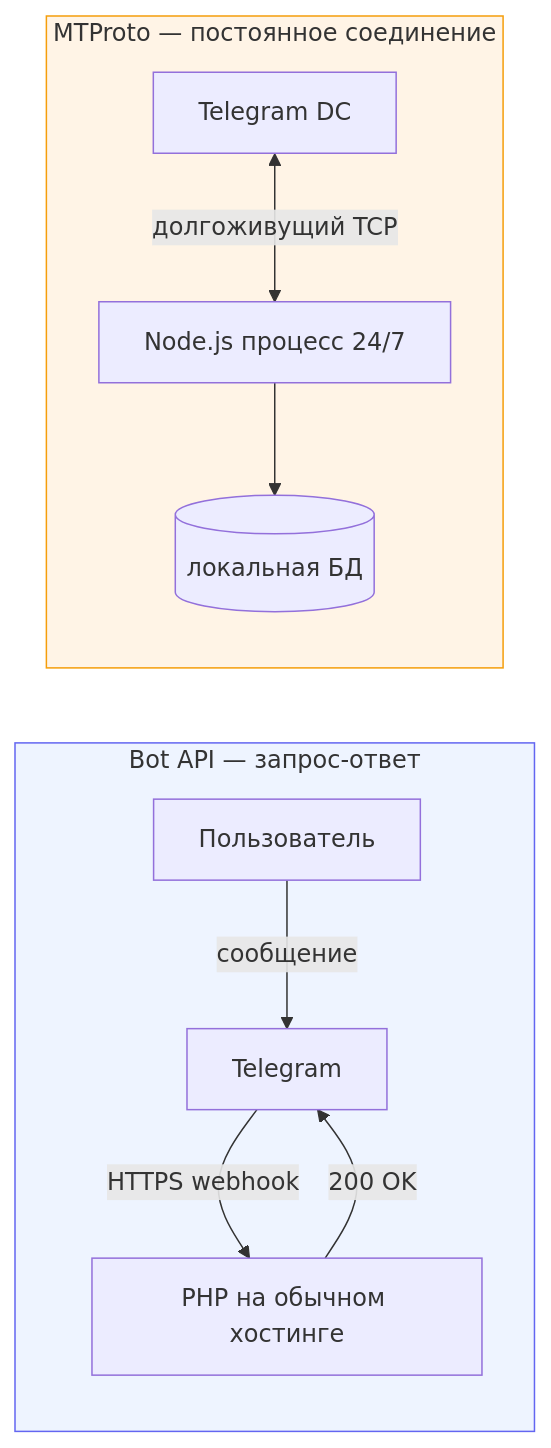
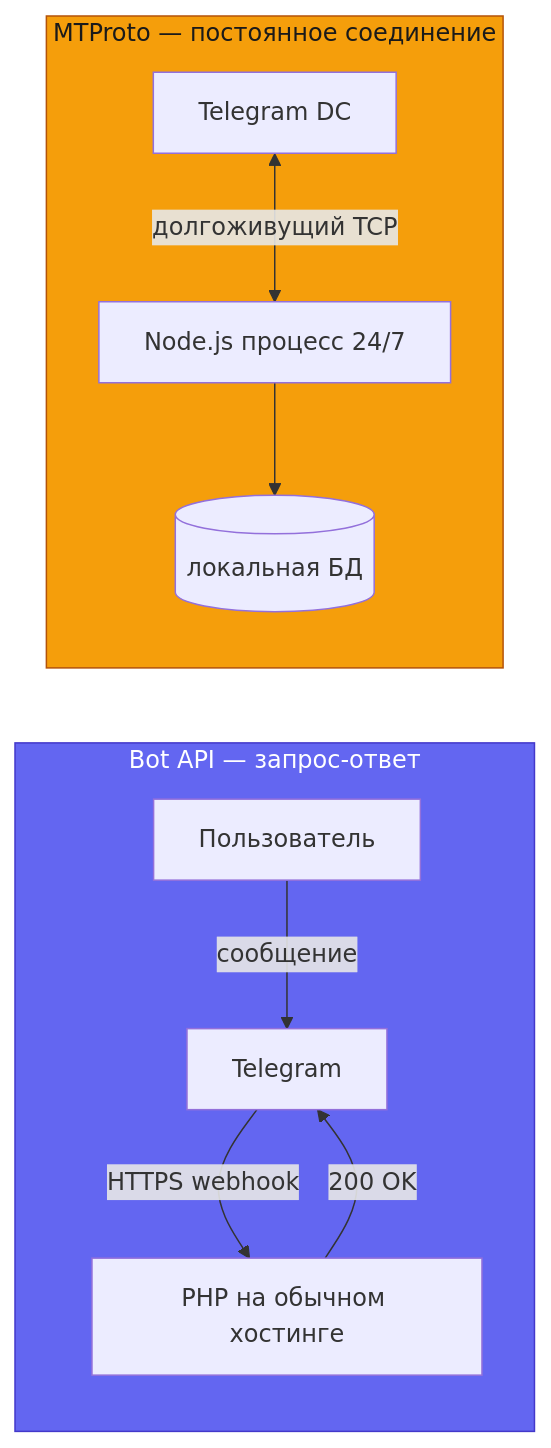
The first of 3 diagrams in README.md (Shohruh1997/telegram-bot-architecture-notes), drawn with Mermaid before and after one commit. The commit also changed other lines of this file, not shown here.

````diff
--- a/README.md
+++ b/README.md
@@ -24,16 +28,16 @@
 ```mermaid
 flowchart LR
     subgraph BotAPI["Bot API — запрос-ответ"]
         U1[Пользователь] -->|сообщение| TG1[Telegram]
         TG1 -->|HTTPS webhook| S1[PHP на обычном хостинге]
         S1 -->|200 OK| TG1
     end
 
     subgraph MTProto["MTProto — постоянное соединение"]
         TG2[Telegram DC] <-->|долгоживущий TCP| S2[Node.js процесс 24/7]
         S2 --> DB[(локальная БД)]
     end
 
-    style BotAPI fill:#eef4ff,stroke:#6366f1
-    style MTProto fill:#fff4e6,stroke:#f59e0b
+    style BotAPI fill:#6366f1,stroke:#4338ca,color:#ffffff
+    style MTProto fill:#f59e0b,stroke:#b45309,color:#1a1a1a
 ```
````
